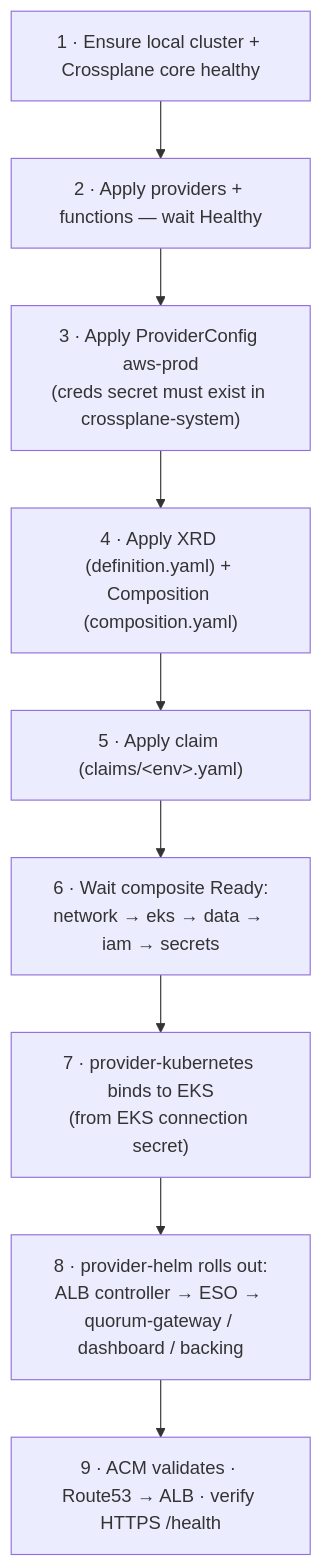
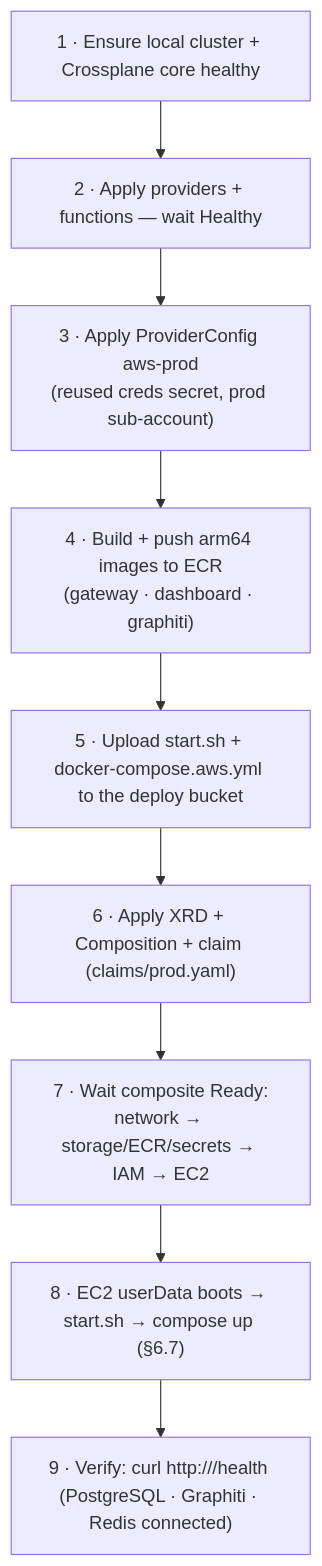
Before and after one commit to ayansasmal/quorum: the third of 3 diagrams in docs/superpowers/specs/2026-06-11-quorum-aws-crossplane-deployment-design.md, drawn with Mermaid. The commit also changed other lines of this file, not shown here.

First line of the commit message:
docs(crossplane): pivot from eks to single spot ec2 + docker compose

````diff
--- a/docs/superpowers/specs/2026-06-11-quorum-aws-crossplane-deployment-design.md
+++ b/docs/superpowers/specs/2026-06-11-quorum-aws-crossplane-deployment-design.md
@@ -355,11 +322,11 @@
 ```mermaid
 flowchart TD
     A["1 · Ensure local cluster + Crossplane core healthy"] --> B["2 · Apply providers + functions — wait Healthy"]
-    B --> C["3 · Apply ProviderConfig aws-prod<br/>(creds secret must exist in crossplane-system)"]
-    C --> D["4 · Apply XRD (definition.yaml) + Composition (composition.yaml)"]
-    D --> E["5 · Apply claim (claims/&lt;env&gt;.yaml)"]
-    E --> F["6 · Wait composite Ready:<br/>network → eks → data → iam → secrets"]
-    F --> G["7 · provider-kubernetes binds to EKS<br/>(from EKS connection secret)"]
-    G --> H["8 · provider-helm rolls out:<br/>ALB controller → ESO → quorum-gateway / dashboard / backing"]
-    H --> I["9 · ACM validates · Route53 → ALB · verify HTTPS /health"]
+    B --> C["3 · Apply ProviderConfig aws-prod<br/>(reused creds secret, prod sub-account)"]
+    C --> D["4 · Build + push arm64 images to ECR<br/>(gateway · dashboard · graphiti)"]
+    D --> E["5 · Upload start.sh + docker-compose.aws.yml to the deploy bucket"]
+    E --> F["6 · Apply XRD + Composition + claim (claims/prod.yaml)"]
+    F --> G["7 · Wait composite Ready:<br/>network → storage/ECR/secrets → IAM → EC2"]
+    G --> H["8 · EC2 userData boots → start.sh → compose up (§6.7)"]
+    H --> I["9 · Verify: curl http://<EIP>/health (PostgreSQL · Graphiti · Redis connected)"]
 ```
````
